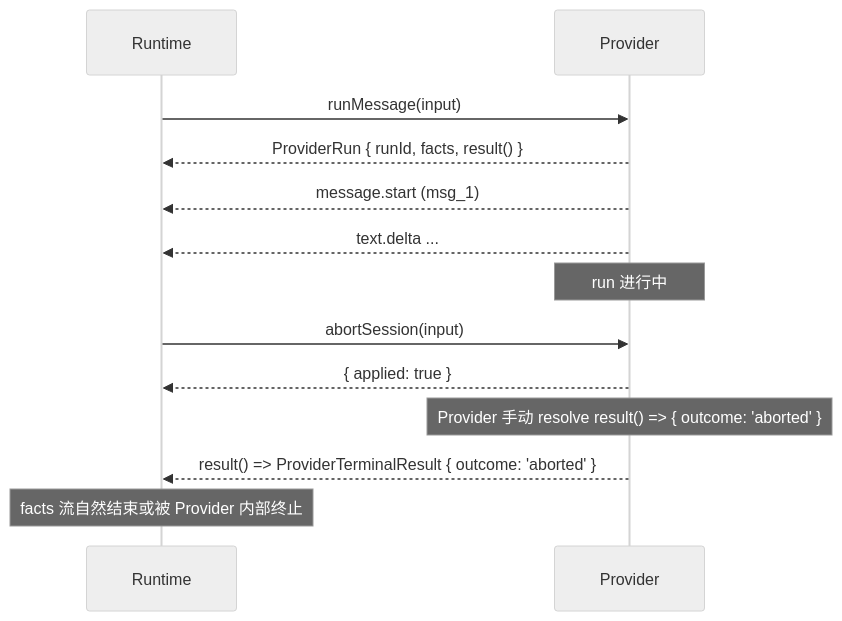
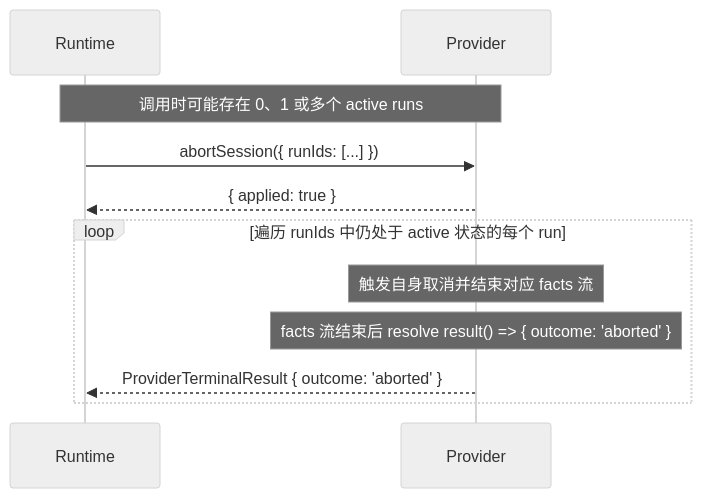
Before and after one commit to yuzhangCZ/agent-plugin: the second of 3 diagrams in packages/bridge-runtime-sdk/docs/design/interface/bridge-runtime-sdk-integration.md, drawn with Mermaid (neutral theme). The commit also changed other lines of this file and 22 other files, not shown here.

First line of the commit message:
fix(bridge-runtime-sdk)!: 收敛 active run 并发契约

````diff
--- a/packages/bridge-runtime-sdk/docs/design/interface/bridge-runtime-sdk-integration.md
+++ b/packages/bridge-runtime-sdk/docs/design/interface/bridge-runtime-sdk-integration.md
@@ -630,19 +666,14 @@
 ```mermaid
 sequenceDiagram
   participant RT as Runtime
   participant P as Provider
 
-  RT->>P: runMessage(input)
-  P-->>RT: ProviderRun { runId, facts, result() }
-
-  P-->>RT: message.start (msg_1)
-  P-->>RT: text.delta ...
-  Note over P: run 进行中
-
-  RT->>P: abortSession(input)
+  Note over RT,P: 调用时可能存在 0、1 或多个 active runs
+  RT->>P: abortSession({ runIds: [...] })
   P-->>RT: { applied: true }
-  Note over P: Provider 手动 resolve result() => { outcome: 'aborted' }
-
-  P-->>RT: result() => ProviderTerminalResult { outcome: 'aborted' }
-  Note over RT: facts 流自然结束或被 Provider 内部终止
+  loop 遍历 runIds 中仍处于 active 状态的每个 run
+    Note over P: 触发自身取消并结束对应 facts 流
+    Note over P: facts 流结束后 resolve result() => { outcome: 'aborted' }
+    P-->>RT: ProviderTerminalResult { outcome: 'aborted' }
+  end
 ```
````
